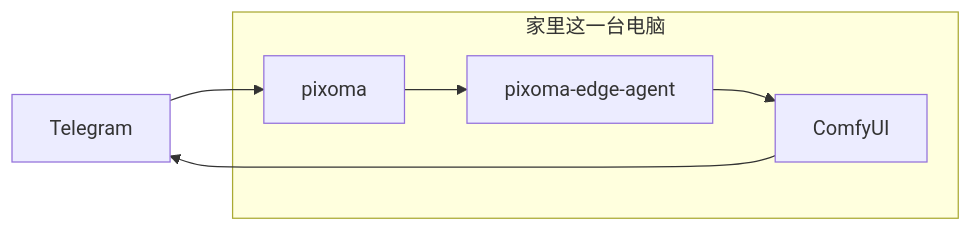
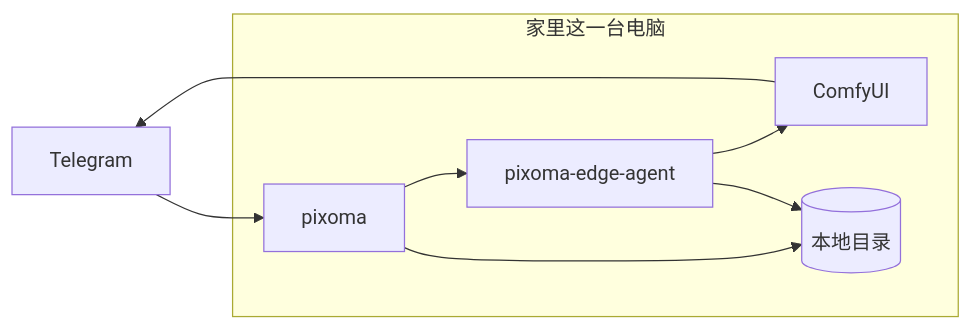
One commit to Mr9esx/Pixoma changed the first of 2 diagrams in README.md. Above: the diagram before and after it, drawn with Mermaid. The commit also changed other lines of this file, not shown here.

First line of the commit message:
docs: README 部署图补上存储

````diff
--- a/README.md
+++ b/README.md
@@ -78,12 +78,15 @@
 ```mermaid
 flowchart LR
   TG[Telegram]
   subgraph home [家里这一台电脑]
     P[pixoma]
     E[pixoma-edge-agent]
     C[ComfyUI]
+    S[(本地目录)]
     P --> E --> C
+    P --> S
+    E --> S
   end
   TG --> P
   C --> TG
 ```
````
